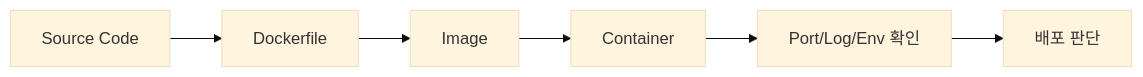
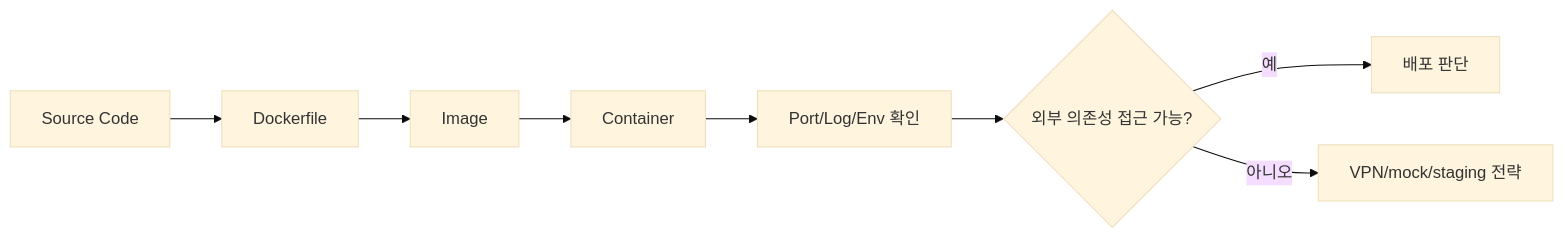
The diagram in week1/day3/lesson-05.md (niceguy61/kdt_devops_lecture_2026_rev2), drawn with Mermaid (base theme) before and after one commit. The commit also changed other lines of this file and 1 other file, not shown here.

````diff
--- a/week1/day3/lesson-05.md
+++ b/week1/day3/lesson-05.md
@@ -83,8 +168,10 @@
 ```mermaid
 flowchart LR
     A["Source Code"] --> B["Dockerfile"]
     B --> C["Image"]
     C --> D["Container"]
     D --> E["Port/Log/Env 확인"]
-    E --> F["배포 판단"]
+    E --> F{"외부 의존성 접근 가능?"}
+    F -- "예" --> G["배포 판단"]
+    F -- "아니오" --> H["VPN/mock/staging 전략"]
 ```
````
